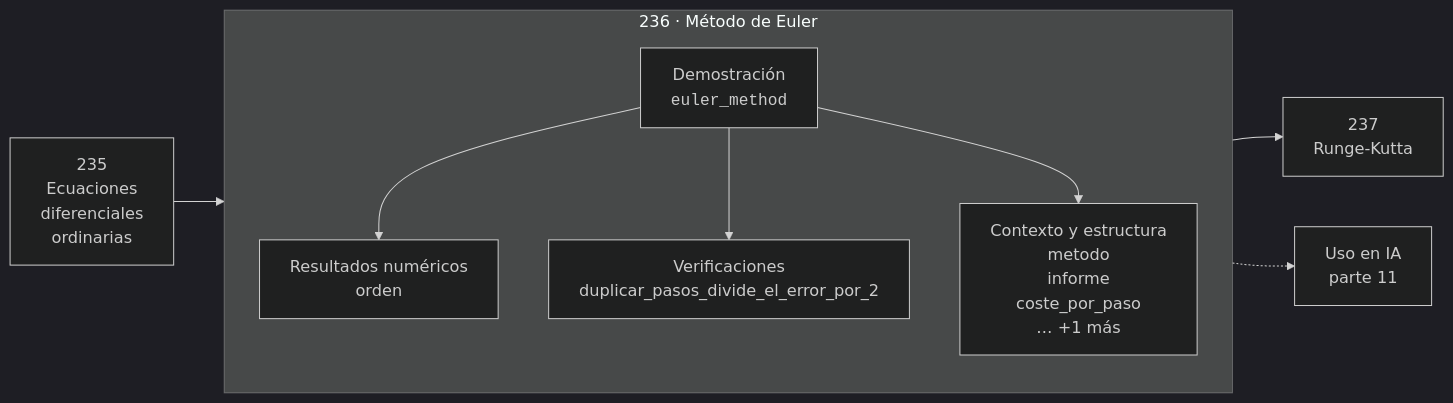
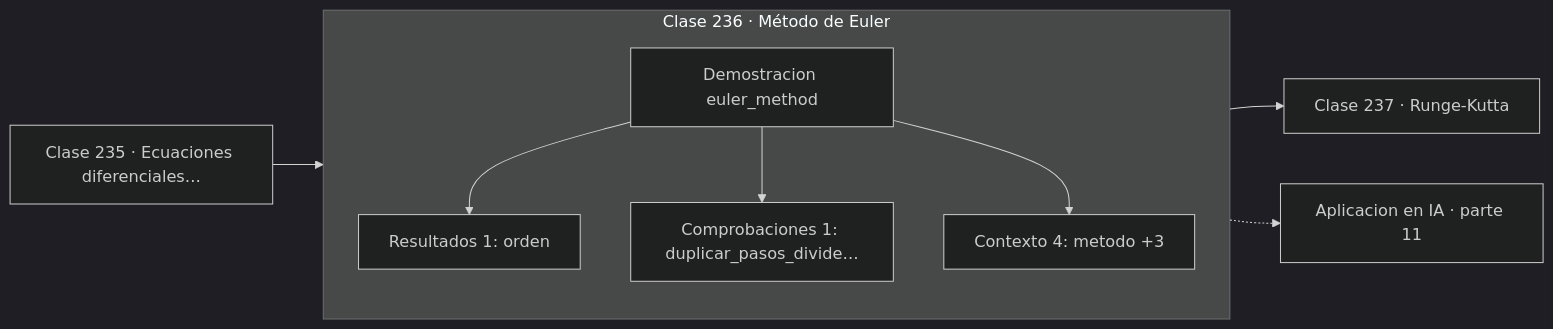
Before and after one commit to vladimiracunadev-create/computational-mathematics-program: the diagram in classes/part-11-metodos-numericos-y-computacion-cientifica/236-metodo-de-euler/README.md, drawn with Mermaid (dark theme). The commit also changed 389 other files, not shown here.

First line of the commit message:
fix(diagramas): elimina el HTML de las etiquetas Mermaid

````diff
--- a/classes/part-11-metodos-numericos-y-computacion-cientifica/236-metodo-de-euler/README.md
+++ b/classes/part-11-metodos-numericos-y-computacion-cientifica/236-metodo-de-euler/README.md
@@ -30,12 +30,13 @@
 ```mermaid
 flowchart LR
-    P["235<br/>Ecuaciones<br/>diferenciales<br/>ordinarias"] --> C
-    subgraph C["236 · Método de Euler"]
+    P["Clase 235 · Ecuaciones diferenciales…"] --> D
+    subgraph CLASE["Clase 236 · Método de Euler"]
         direction TB
-        D["Demostración<br/><code>euler_method</code>"] --> R["Resultados numéricos<br/>orden"]
-        D --> V["Verificaciones<br/>duplicar_pasos_divide_el_error_por_2"]
-        D --> O["Contexto y estructura<br/>metodo<br/>informe<br/>coste_por_paso<br/>… +1 más"]
+        D["Demostracion euler_method"]
+        D --> R["Resultados 1: orden"]
+        D --> V["Comprobaciones 1: duplicar_pasos_divide…"]
+        D --> O["Contexto 4: metodo +3"]
     end
-    C --> N["237<br/>Runge-Kutta"]
-    C -.-> IA["Uso en IA<br/>parte 11"]
+    R --> N["Clase 237 · Runge-Kutta"]
+    V -.-> IA["Aplicacion en IA · parte 11"]
 ```
````
